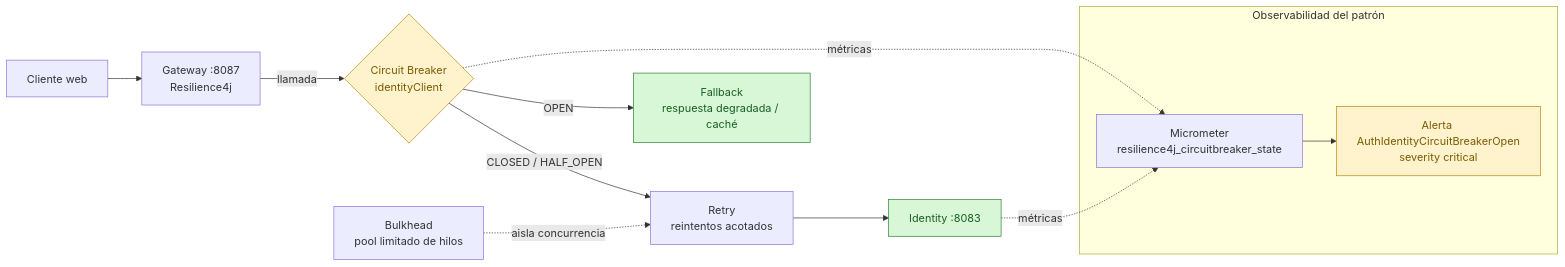
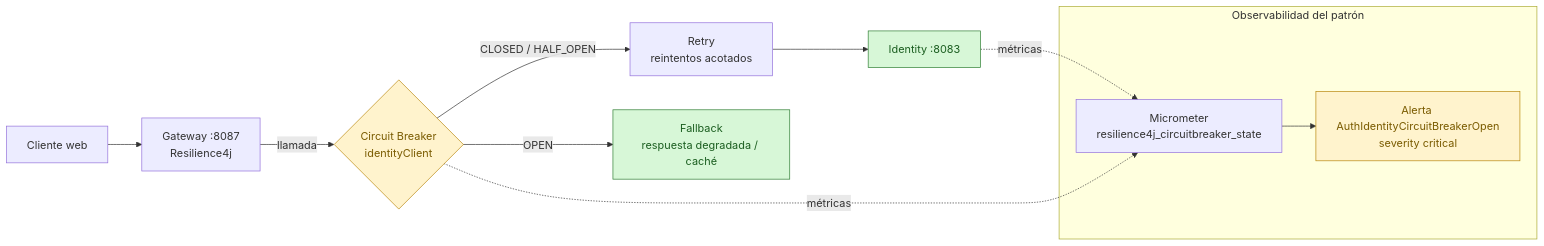
One commit to ingesoft5/circle-guard-finalproject-A00401805-A00405090-A00401428-A00377013 changed the diagram in docs/diagramas/05-circuit-breaker-retry-bulkhead.mmd. Above: the diagram before and after it, drawn with Mermaid. The commit also changed 85 other files, not shown here.

```diff
--- a/docs/diagramas/05-circuit-breaker-retry-bulkhead.mmd
+++ b/docs/diagramas/05-circuit-breaker-retry-bulkhead.mmd
@@ -1,23 +1,22 @@
-%% CG-DOC: Patrón de resiliencia (E2.4) — Circuit Breaker / Retry / Bulkhead con Resilience4j.
-%% Evidencia: gateway-service e identity-service; prueba de falla inyectada en docs/patrones/PATRONES.md.
+%% CG-DOC: Patrón de resiliencia (E2.4) — Circuit Breaker / Retry con Resilience4j.
+%% Evidencia: auth-service e identity-service; prueba de falla inyectada en docs/patrones/PATRONES.md.
 flowchart LR
     C["Cliente web"] --> GW["Gateway :8087<br/>Resilience4j"]
     GW -->|"llamada"| CB{"Circuit Breaker<br/>identityClient"}
     CB -->|"CLOSED / HALF_OPEN"| RT["Retry<br/>reintentos acotados"]
     RT --> ID["Identity :8083"]
-    BH["Bulkhead<br/>pool limitado de hilos"] -. "aisla concurrencia" .-> RT
     CB -->|"OPEN"| FB["Fallback<br/>respuesta degradada / caché"]
 
     subgraph OBS["Observabilidad del patrón"]
       M["Micrometer<br/>resilience4j_circuitbreaker_state"]
       A["Alerta AuthIdentityCircuitBreakerOpen<br/>severity critical"]
     end
 
     ID -. métricas .-> M
     CB -. métricas .-> M
     M --> A
 
     classDef ok fill:#d7f7d7,stroke:#2e7d32,color:#1b5e20;
     classDef warn fill:#fff3cd,stroke:#b8860b,color:#7a5b00;
     class ID,FB ok;
     class CB,A warn;
```
